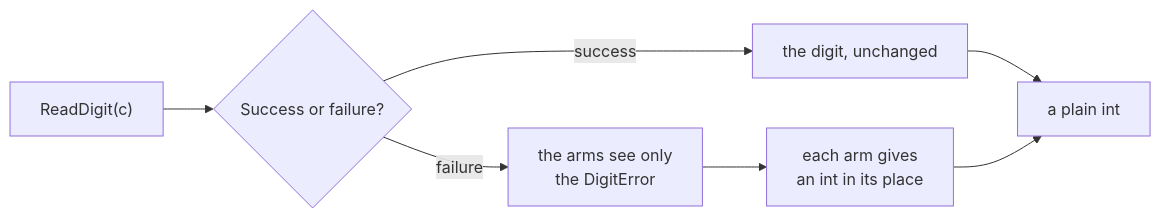
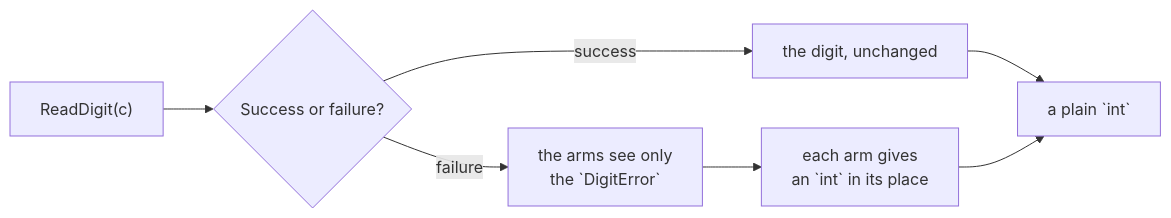
The diagram in content/docs/1.learn/09.errors/06.catch.md (rux-lang/Web), drawn with Mermaid before and after one commit. The commit also changed 187 other files, not shown here.

First line of the commit message:
Draw the Learn diagrams for phones, with code in the mono face

````diff
--- a/content/docs/1.learn/09.errors/06.catch.md
+++ b/content/docs/1.learn/09.errors/06.catch.md
@@ -43,9 +43,9 @@
 ```mermaid
 flowchart LR
-    call["ReadDigit(c)"] --> q{"Success or failure?"}
+    invoke["`ReadDigit(c)`"] --> q{"Success or failure?"}
     q -- "success" --> pass["the digit, unchanged"]
-    q -- "failure" --> arms["the arms see only<br/>the DigitError"]
-    arms --> value["each arm gives<br/>an int in its place"]
-    pass --> result["a plain int"]
+    q -- "failure" --> arms["the arms see only<br/>the `DigitError`"]
+    arms --> value["each arm gives<br/>an `int` in its place"]
+    pass --> result["a plain `int`"]
     value --> result
 ```
````
